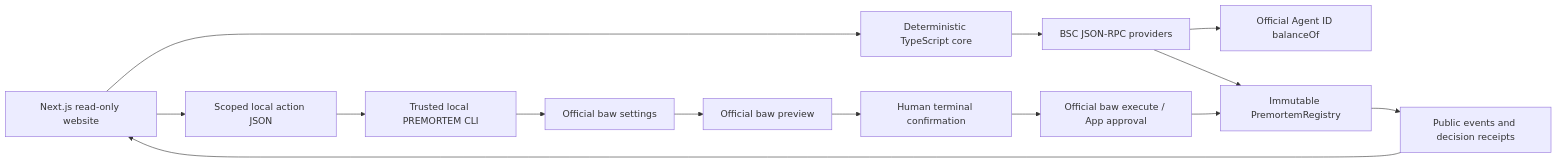
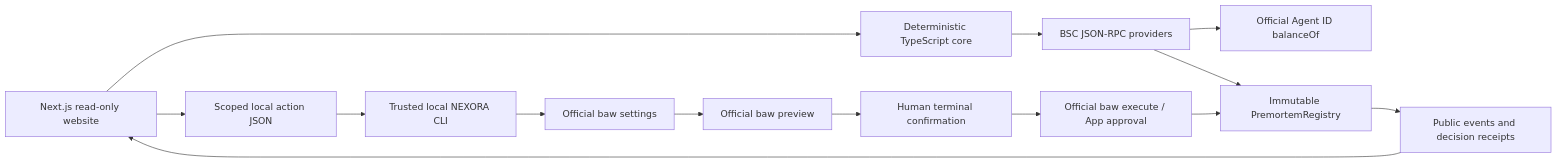
One commit to eshaanvgupta/premortem changed the diagram in docs/ARCHITECTURE.md. Above: the diagram before and after it, drawn with Mermaid. The commit also changed other lines of this file and 87 other files, not shown here.

````diff
--- a/docs/ARCHITECTURE.md
+++ b/docs/ARCHITECTURE.md
@@ -5,16 +5,16 @@
 ```mermaid
 flowchart LR
   UI[Next.js read-only website] --> CORE[Deterministic TypeScript core]
   CORE --> RPC[BSC JSON-RPC providers]
   RPC --> ID[Official Agent ID balanceOf]
   RPC --> REG[Immutable PremortemRegistry]
   UI --> FILE[Scoped local action JSON]
-  FILE --> CLI[Trusted local PREMORTEM CLI]
+  FILE --> CLI[Trusted local NEXORA CLI]
   CLI --> SETTINGS[Official baw settings]
   SETTINGS --> PREVIEW[Official baw preview]
   PREVIEW --> HUMAN[Human terminal confirmation]
   HUMAN --> EXEC[Official baw execute / App approval]
   EXEC --> REG
   REG --> EVENTS[Public events and decision receipts]
   EVENTS --> UI
 ```
````
